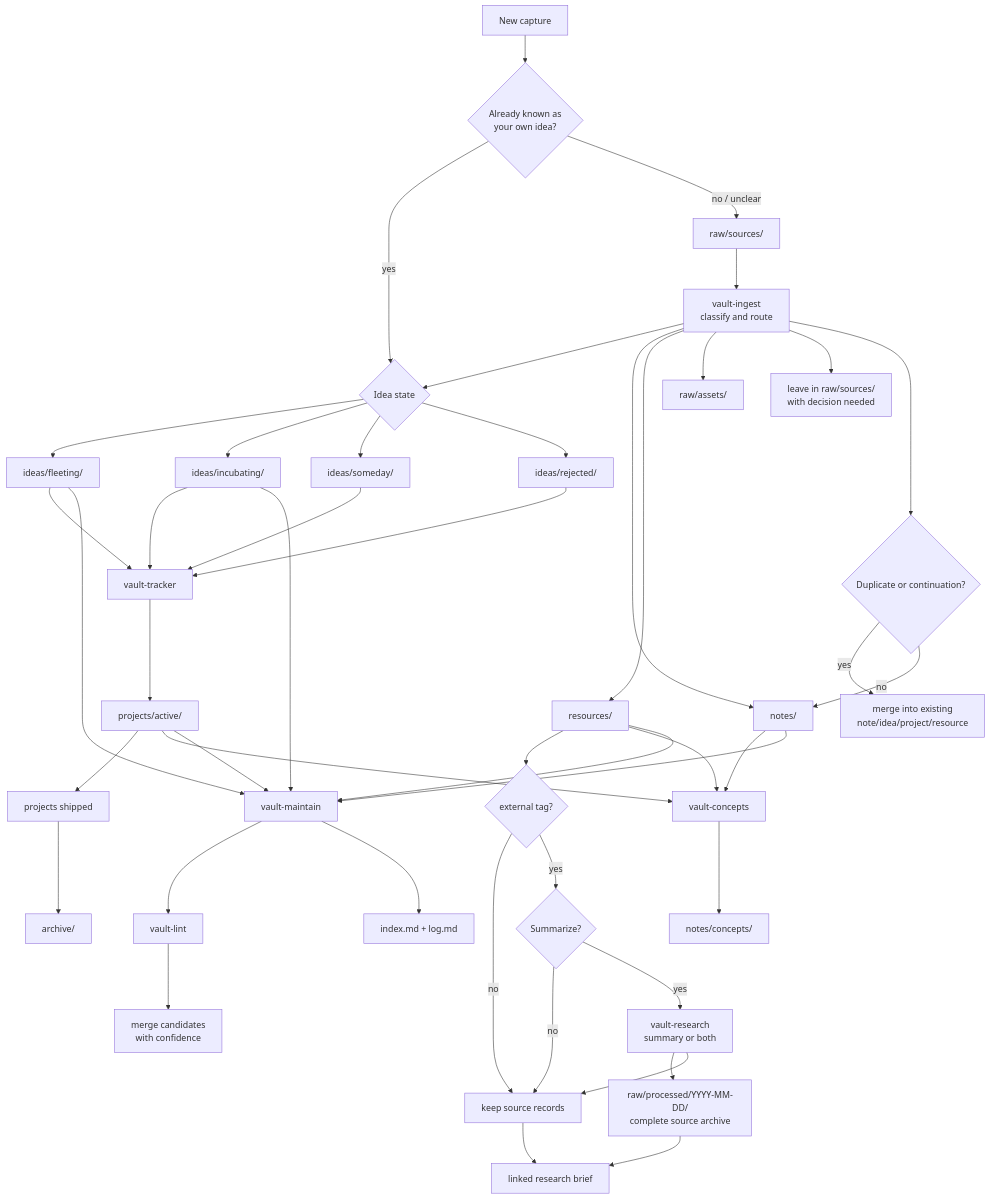
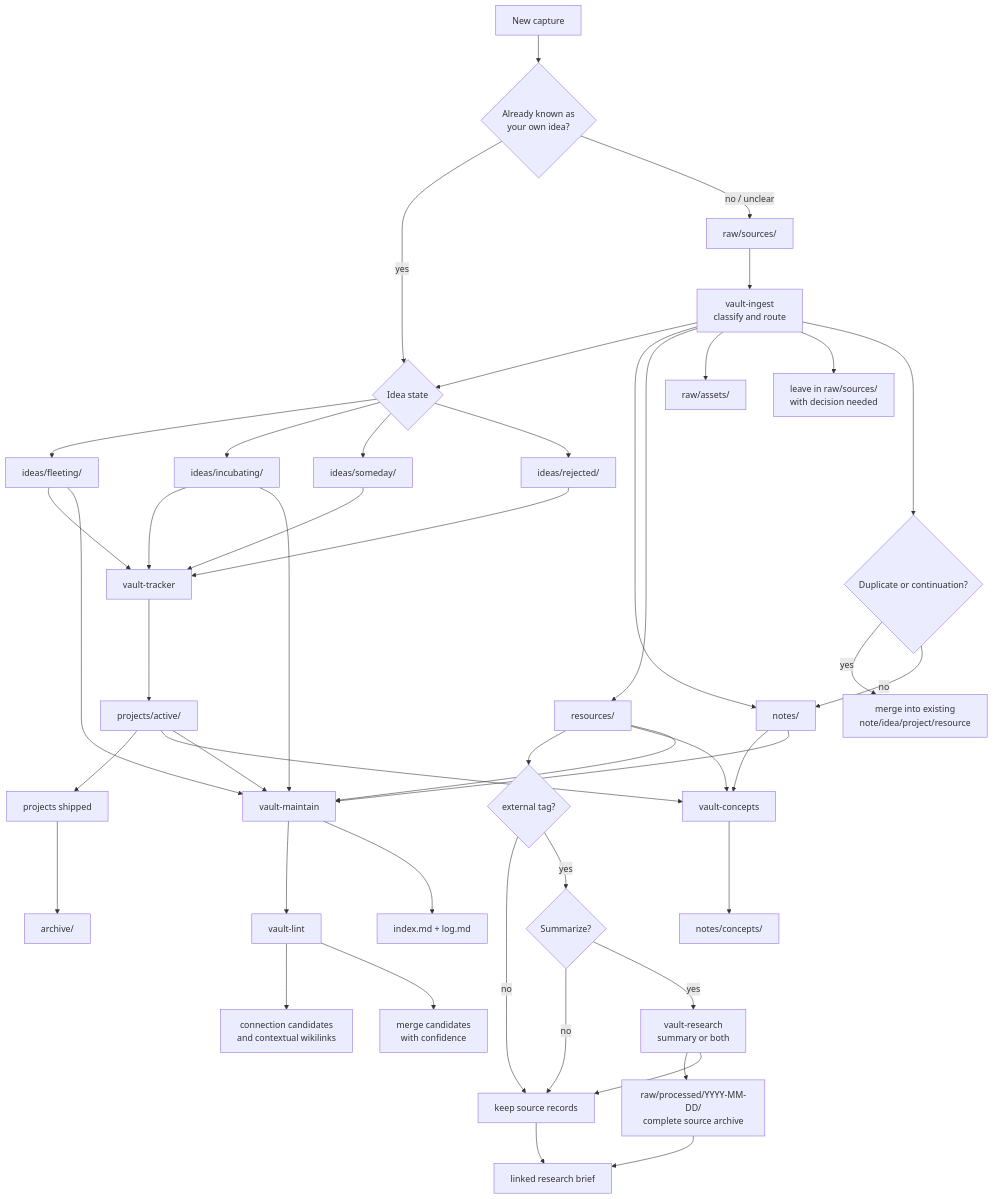
The diagram in vault/README.md (markphelps/agent-plugins), drawn with Mermaid before and after one commit. The commit also changed other lines of this file and 4 other files, not shown here.

````diff
--- a/vault/README.md
+++ b/vault/README.md
@@ -27,54 +27,55 @@
 ```mermaid
 flowchart TD
   Capture[New capture] --> KnownIdea{Already known as<br/>your own idea?}
 
   KnownIdea -->|yes| IdeaState{Idea state}
   IdeaState --> Fleeting[ideas/fleeting/]
   IdeaState --> Incubating[ideas/incubating/]
   IdeaState --> Someday[ideas/someday/]
   IdeaState --> Rejected[ideas/rejected/]
 
   KnownIdea -->|no / unclear| Raw[raw/sources/]
   Raw --> Ingest[vault-ingest<br/>classify and route]
 
   Ingest --> IdeaState
   Ingest --> Notes[notes/]
   Ingest --> Resources[resources/]
   Ingest --> Assets[raw/assets/]
   Ingest --> Ambiguous[leave in raw/sources/<br/>with decision needed]
   Ingest --> Merge{Duplicate or continuation?}
   Merge -->|yes| Existing[merge into existing<br/>note/idea/project/resource]
   Merge -->|no| Notes
 
   Resources --> ExternalTag{external tag?}
   ExternalTag -->|no| SourceRecords[keep source records]
   ExternalTag -->|yes| Research{Summarize?}
   Research -->|no| SourceRecords
   Research -->|yes| ResearchSkill[vault-research<br/>summary or both]
   ResearchSkill --> Processed[raw/processed/YYYY-MM-DD/<br/>complete source archive]
   ResearchSkill --> SourceRecords
   Processed --> Brief[linked research brief]
   SourceRecords --> Brief
 
   Incubating --> Tracker[vault-tracker]
   Fleeting --> Tracker
   Someday --> Tracker
   Rejected --> Tracker
   Tracker --> Active[projects/active/]
   Active --> Shipped[projects shipped]
   Shipped --> Archive[archive/]
 
   Notes --> Concepts[vault-concepts]
   Resources --> Concepts
   Active --> Concepts
   Concepts --> ConceptPages[notes/concepts/]
 
   Notes --> Maintain[vault-maintain]
   Resources --> Maintain
   Active --> Maintain
   Fleeting --> Maintain
   Incubating --> Maintain
   Maintain --> Lint[vault-lint]
+  Lint --> GraphLinks[connection candidates<br/>and contextual wikilinks]
   Lint --> MergePlan[merge candidates<br/>with confidence]
   Maintain --> IndexLog[index.md + log.md]
 ```
````
